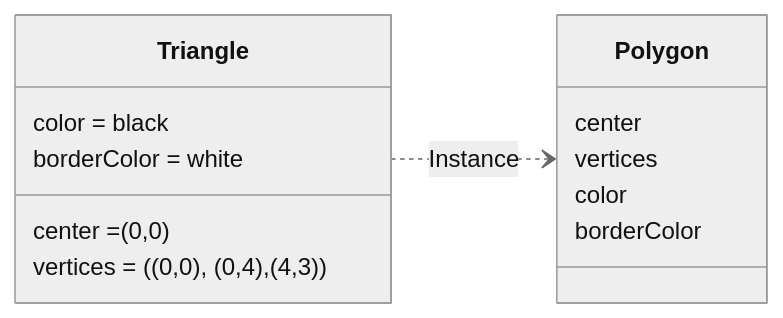
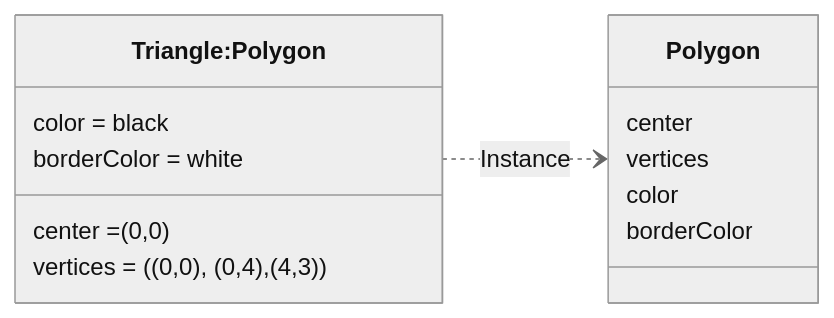
Before and after one commit to delpiter/Obsidian-Vault: the diagram in Git-Obsidian/Ingegneria del Software/UML/Object Diagram.md, drawn with Mermaid (neutral theme). The commit also changed other lines of this file and 9 other files, not shown here.

Commit message:
State Diagram and Sequence Diagram - UML

````diff
--- a/Git-Obsidian/Ingegneria del Software/UML/Object Diagram.md
+++ b/Git-Obsidian/Ingegneria del Software/UML/Object Diagram.md
@@ -14,17 +15,17 @@
 ```mermaid
 classDiagram
 direction LR
 	class Polygon{
 		center
 		vertices
 		color
 		borderColor
 	}
-	class Triangle{
+	class Triangle["Triangle:Polygon"]{
 		center = (0,0)
 		vertices = ((0,0), (0,4), (4,3))
 		color = black
 		borderColor = white
 	}
 	Triangle ..> Polygon: Instance
 ```
````
